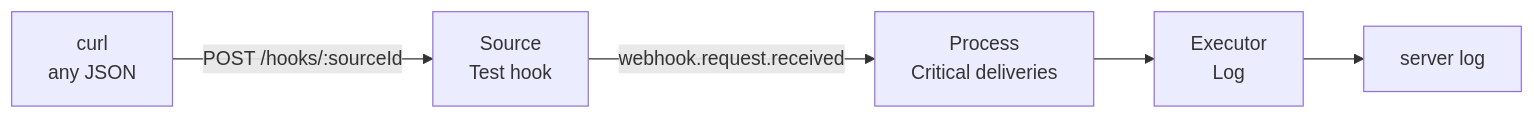
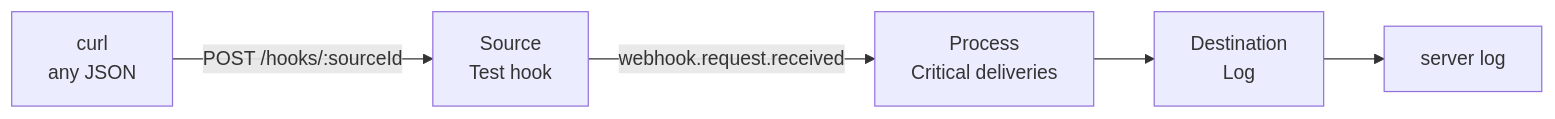
Before and after one commit to ilyavolodin/ai-switchboard: the diagram in docs/quick-start.md, drawn with Mermaid. The commit also changed other lines of this file and 311 other files, not shown here.

First line of the commit message:
feat(sdk)!: rename executor to destination everywhere

````diff
--- a/docs/quick-start.md
+++ b/docs/quick-start.md
@@ -9,7 +9,7 @@
 ```mermaid
 flowchart LR
   CURL[curl<br/>any JSON] -->|POST /hooks/:sourceId| SRC[Source<br/>Test hook]
   SRC -->|webhook.request.received| PROC[Process<br/>Critical deliveries]
-  PROC --> EXE[Executor<br/>Log]
+  PROC --> EXE[Destination<br/>Log]
   EXE --> LOG[server log]
 ```
````
